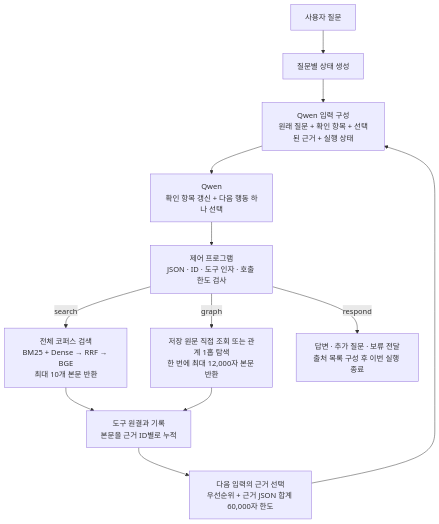
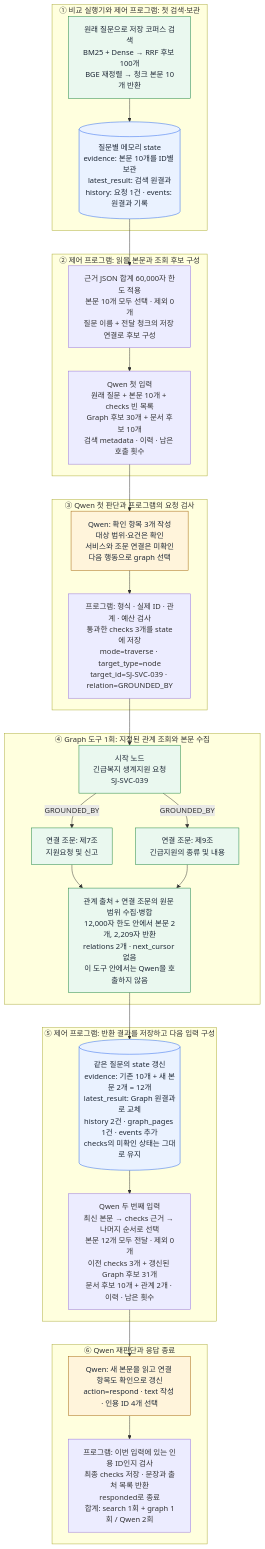
The diagram in week9/EVIDENCE_FLOW.md (westiion/Civic-Link), drawn with Mermaid before and after one commit. The commit also changed other lines of this file, not shown here.

Commit message:
docs: detail evidence flow with actual agent traces

````diff
--- a/week9/EVIDENCE_FLOW.md
+++ b/week9/EVIDENCE_FLOW.md
@@ -11,14 +19,45 @@
 ```mermaid
-flowchart TD
-    U["사용자 질문"] --> I["질문별 상태 생성"]
-    I --> P["Qwen 입력 구성<br/>원래 질문 + 확인 항목 + 선택된 근거 + 실행 상태"]
-    P --> Q["Qwen<br/>확인 항목 갱신 + 다음 행동 하나 선택"]
-    Q --> V["제어 프로그램<br/>JSON · ID · 도구 인자 · 호출 한도 검사"]
-    V -->|search| S["전체 코퍼스 검색<br/>BM25 + Dense → RRF → BGE<br/>최대 10개 본문 반환"]
-    V -->|graph| G["저장 원문 직접 조회 또는 관계 1홉 탐색<br/>한 번에 최대 12,000자 본문 반환"]
-    S --> R["도구 원결과 기록<br/>본문을 근거 ID별로 누적"]
-    G --> R
-    R --> M["다음 입력의 근거 선택<br/>우선순위 + 근거 JSON 합계 60,000자 한도"]
-    M --> P
-    V -->|respond| A["답변 · 추가 질문 · 보류 전달<br/>출처 목록 구성 후 이번 실행 종료"]
+flowchart TB
+    subgraph INITIAL["① 비교 실행기와 제어 프로그램: 첫 검색·보관"]
+        S["원래 질문으로 저장 코퍼스 검색<br/>BM25 + Dense → RRF 후보 100개<br/>BGE 재정렬 → 청크 본문 10개 반환"]
+        M1[("질문별 메모리 state<br/>evidence: 본문 10개를 ID별 보관<br/>latest_result: 검색 원결과<br/>history: 요청 1건 · events: 원결과 기록")]
+        S --> M1
+    end
+    subgraph INPUT1["② 제어 프로그램: 읽을 본문과 조회 후보 구성"]
+        P1["근거 JSON 합계 60,000자 한도 적용<br/>본문 10개 모두 선택 · 제외 0개<br/>질문 이름 + 전달 청크의 저장 연결로 후보 구성"]
+        I1["Qwen 첫 입력<br/>원래 질문 + 본문 10개 + checks 빈 목록<br/>Graph 후보 30개 + 문서 후보 10개<br/>검색 metadata · 이력 · 남은 호출 횟수"]
+        M1 --> P1 --> I1
+    end
+    subgraph DECIDE["③ Qwen 첫 판단과 프로그램의 요청 검사"]
+        Q1["Qwen: 확인 항목 3개 작성<br/>대상 범위·요건은 확인<br/>서비스와 조문 연결은 미확인<br/>다음 행동으로 graph 선택"]
+        V["프로그램: 형식 · 실제 ID · 관계 · 예산 검사<br/>통과한 checks 3개를 state에 저장<br/>mode=traverse · target_type=node<br/>target_id=SJ-SVC-039 · relation=GROUNDED_BY"]
+        I1 --> Q1 --> V
+    end
+    subgraph LOOKUP["④ Graph 도구 1회: 지정된 관계 조회와 본문 수집"]
+        N["시작 노드<br/>긴급복지 생계지원 요청<br/>SJ-SVC-039"]
+        A["연결 조문: 제7조<br/>지원요청 및 신고"]
+        B["연결 조문: 제9조<br/>긴급지원의 종류 및 내용"]
+        R["관계 출처 + 연결 조문의 원문 범위 수집·병합<br/>12,000자 한도 안에서 본문 2개, 2,209자 반환<br/>relations 2개 · next_cursor 없음<br/>이 도구 안에서는 Qwen을 호출하지 않음"]
+        V --> N
+        N -->|GROUNDED_BY| A
+        N -->|GROUNDED_BY| B
+        A --> R
+        B --> R
+    end
+    subgraph NEXT["⑤ 제어 프로그램: 반환 결과를 저장하고 다음 입력 구성"]
+        M2[("같은 질문의 state 갱신<br/>evidence: 기존 10개 + 새 본문 2개 = 12개<br/>latest_result: Graph 원결과로 교체<br/>history 2건 · graph_pages 1건 · events 추가<br/>checks의 미확인 상태는 그대로 유지")]
+        I2["Qwen 두 번째 입력<br/>최신 본문 → checks 근거 → 나머지 순서로 선택<br/>본문 12개 모두 전달 · 제외 0개<br/>이전 checks 3개 + 갱신된 Graph 후보 31개<br/>문서 후보 10개 + 관계 2개 · 이력 · 남은 횟수"]
+        R --> M2 --> I2
+    end
+    subgraph FINISH["⑥ Qwen 재판단과 응답 종료"]
+        Q2["Qwen: 새 본문을 읽고 연결 항목도 확인으로 갱신<br/>action=respond · text 작성 · 인용 ID 4개 선택"]
+        F["프로그램: 이번 입력에 있는 인용 ID인지 검사<br/>최종 checks 저장 · 문장과 출처 목록 반환<br/>responded로 종료<br/>합계: search 1회 + graph 1회 / Qwen 2회"]
+        I2 --> Q2 --> F
+    end
+    classDef model fill:#fff4db,stroke:#a16207,color:#1f2937
+    classDef memory fill:#eaf2ff,stroke:#2563eb,color:#1f2937
+    classDef tool fill:#eaf8ef,stroke:#15803d,color:#1f2937
+    class Q1,Q2 model
+    class M1,M2 memory
+    class S,N,A,B,R tool
 ```
````
